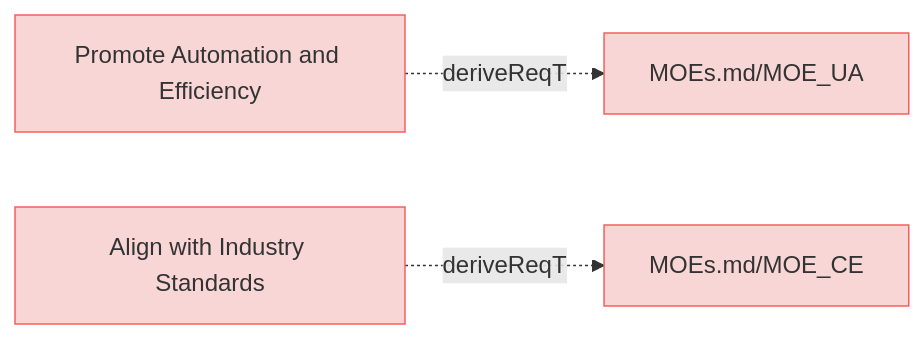
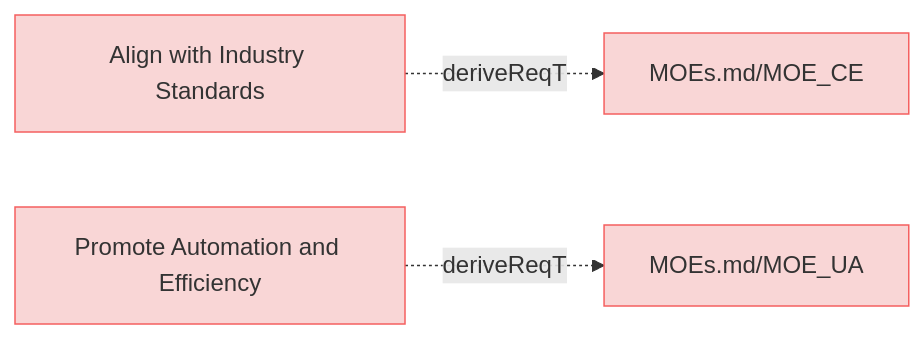
One commit to reqvire-org/reqvire changed the diagram in specifications/MissionRequirements.md. Above: the diagram before and after it, drawn with Mermaid. The commit also changed other lines of this file and 18 other files, not shown here.

````diff
--- a/specifications/MissionRequirements.md
+++ b/specifications/MissionRequirements.md
@@ -5,23 +5,23 @@
 ```mermaid
 graph LR;
   %% Graph styling
   classDef requirement fill:#f9d6d6,stroke:#f55f5f,stroke-width:1px;
   classDef verification fill:#d6f9d6,stroke:#5fd75f,stroke-width:1px;
   classDef externalLink fill:#d0e0ff,stroke:#3080ff,stroke-width:1px;
   classDef default fill:#f5f5f5,stroke:#333333,stroke-width:1px;
 
+  b74eec7ed767e7c["Align with Industry Standards"];
+  class b74eec7ed767e7c requirement;
+  click b74eec7ed767e7c "MissionRequirements.md#align-with-industry-standards";
+  e9ad540a6411a0fc["MOEs.md/MOE_CE"];
+  class e9ad540a6411a0fc requirement;
+  click e9ad540a6411a0fc "MOEs.md#moe_ce";
+  b74eec7ed767e7c -.->|deriveReqT| e9ad540a6411a0fc;
   80166c5161b33956["Promote Automation and Efficiency"];
   class 80166c5161b33956 requirement;
   click 80166c5161b33956 "MissionRequirements.md#promote-automation-and-efficiency";
   2c5f30f14e792200["MOEs.md/MOE_UA"];
   class 2c5f30f14e792200 requirement;
   click 2c5f30f14e792200 "MOEs.md#moe_ua";
   80166c5161b33956 -.->|deriveReqT| 2c5f30f14e792200;
-  b74eec7ed767e7c["Align with Industry Standards"];
-  class b74eec7ed767e7c requirement;
-  click b74eec7ed767e7c "MissionRequirements.md#align-with-industry-standards";
-  e9ad540a6411a0fc["MOEs.md/MOE_CE"];
-  class e9ad540a6411a0fc requirement;
-  click e9ad540a6411a0fc "MOEs.md#moe_ce";
-  b74eec7ed767e7c -.->|deriveReqT| e9ad540a6411a0fc;
 ```
````
